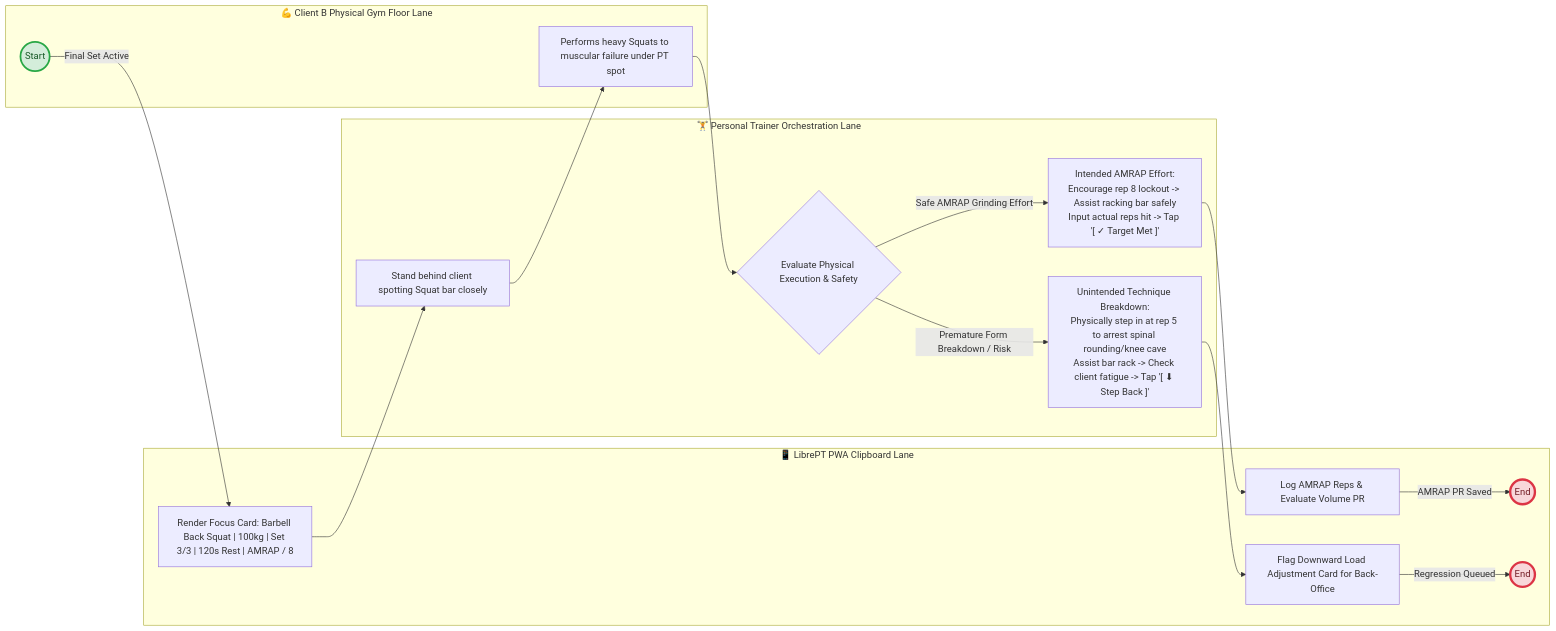
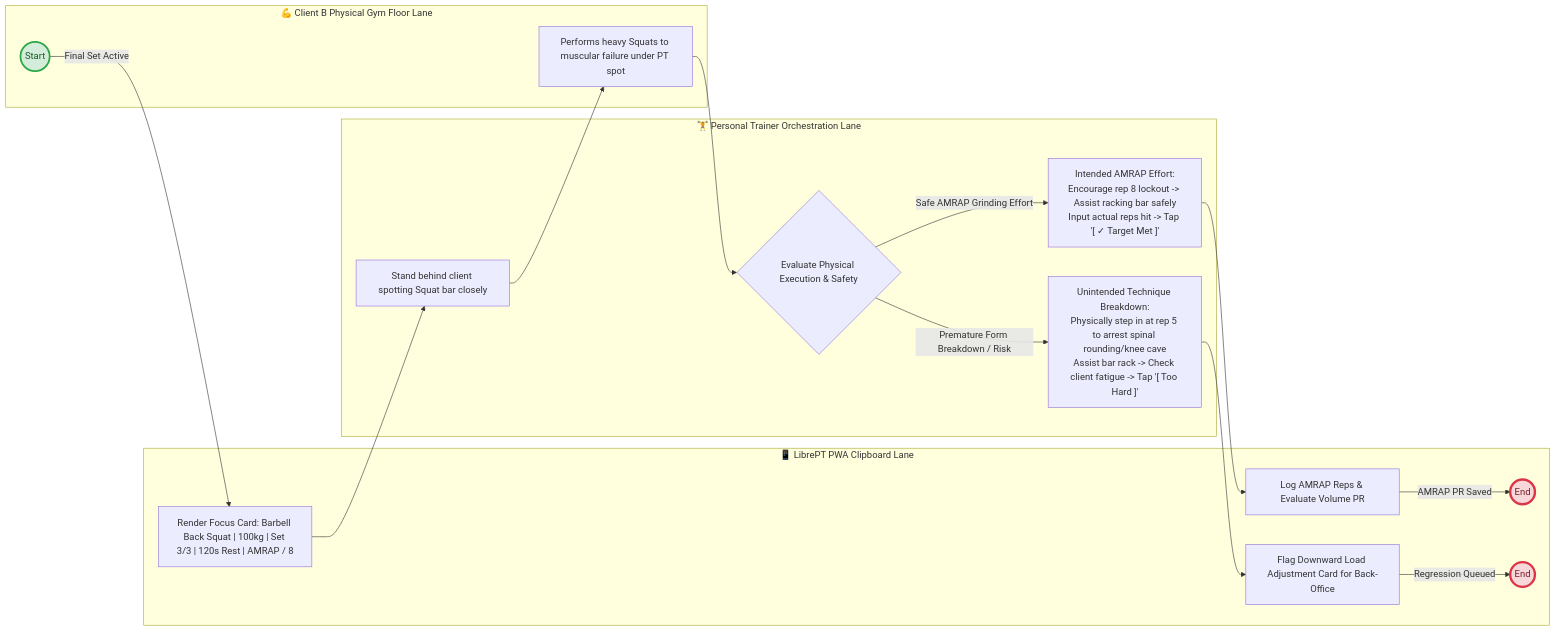
One commit to stutek/LibrePT changed the third of 4 diagrams in use_cases/uc1_gym_floor_clipboard.md. Above: the diagram before and after it, drawn with Mermaid. The commit also changed other lines of this file and 11 other files, not shown here.

````diff
--- a/use_cases/uc1_gym_floor_clipboard.md
+++ b/use_cases/uc1_gym_floor_clipboard.md
@@ -103,37 +103,37 @@
 ```mermaid
 graph LR
     subgraph PWALane ["📱 LibrePT PWA Clipboard Lane"]
         PWA31["Render Focus Card: Barbell Back Squat | 100kg | Set 3/3 | 120s Rest | AMRAP / 8"]
         PWA32["Log AMRAP Reps & Evaluate Volume PR"]
         PWA33["Flag Downward Load Adjustment Card for Back-Office"]
         End3A(("End"))
         End3B(("End"))
     end
 
     subgraph TrainerLane ["🏋️ Personal Trainer Orchestration Lane"]
         T31["Stand behind client spotting Squat bar closely"]
         GW3{"Evaluate Physical Execution & Safety"}
         T3Intended["Intended AMRAP Effort:<br/>Encourage rep 8 lockout -> Assist racking bar safely<br/>Input actual reps hit -> Tap '[ ✓ Target Met ]'"]
-        T3Unintended["Unintended Technique Breakdown:<br/>Physically step in at rep 5 to arrest spinal rounding/knee cave<br/>Assist bar rack -> Check client fatigue -> Tap '[ ⬇ Step Back ]'"]
+        T3Unintended["Unintended Technique Breakdown:<br/>Physically step in at rep 5 to arrest spinal rounding/knee cave<br/>Assist bar rack -> Check client fatigue -> Tap '[ Too Hard ]'"]
     end
 
     subgraph ClientLane ["💪 Client B Physical Gym Floor Lane"]
         Start3(("Start"))
         CB31["Performs heavy Squats to muscular failure under PT spot"]
     end
 
     Start3 -- "Final Set Active" --> PWA31
     PWA31 --> T31
     T31 --> CB31
     CB31 --> GW3
     GW3 -- "Safe AMRAP Grinding Effort" --> T3Intended
     T3Intended --> PWA32
     PWA32 -- "AMRAP PR Saved" --> End3A
     GW3 -- "Premature Form Breakdown / Risk" --> T3Unintended
     T3Unintended --> PWA33
     PWA33 -- "Regression Queued" --> End3B
 
     style Start3 fill:#d4edda,stroke:#28a745,stroke-width:3px,color:#155724
     style End3A fill:#f8d7da,stroke:#dc3545,stroke-width:4px,color:#721c24
     style End3B fill:#f8d7da,stroke:#dc3545,stroke-width:4px,color:#721c24
 ```
````
